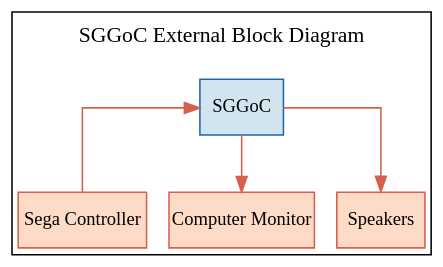
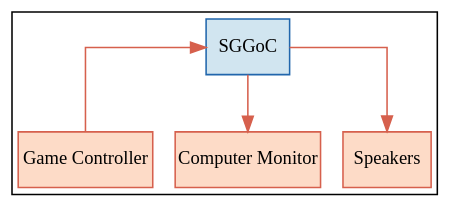
One commit to bear24rw/sggoc changed the diagram in doc/block_diagrams/block_diagram_external.dot. Above: the diagram before and after it, drawn with Graphviz. The commit also changed 6 other files, not shown here.

Commit message:
[doc] removed titles from block diagrams / changed external diagram height / changed Sega Controller to Game Controller

```diff
--- a/doc/block_diagrams/block_diagram_external.dot
+++ b/doc/block_diagrams/block_diagram_external.dot
@@ -1,18 +1,18 @@
 digraph G {
-    labelloc="t";
-    label="SGGoC External Block Diagram\n\n";
+    //labelloc="t";
+    //label="SGGoC External Block Diagram\n\n";
 
     graph [splines=ortho, rankdir=TB, nodesep=0.2, colorscheme=rdbu9];
     node [nodesep=0.2, label="\N", shape=record, style="filled", colorscheme=rdbu9, color=2, fillcolor=4, fontname="Arial narrow", fontsize=12];
     edge [colorscheme=rdbu9, color=2, fontsize=11, fontname="Arial narrow"];
 
     sggoc[label="SGGoC", color=9, fillcolor=6];
-    controller[label="Sega Controller"];
+    controller[label="Game Controller"];
     monitor[label="Computer Monitor"];
     speakers[label="Speakers"];
 
     sggoc -> monitor;
     sggoc -> speakers;
     sggoc -> controller [dir="back"];
 
 }
```
